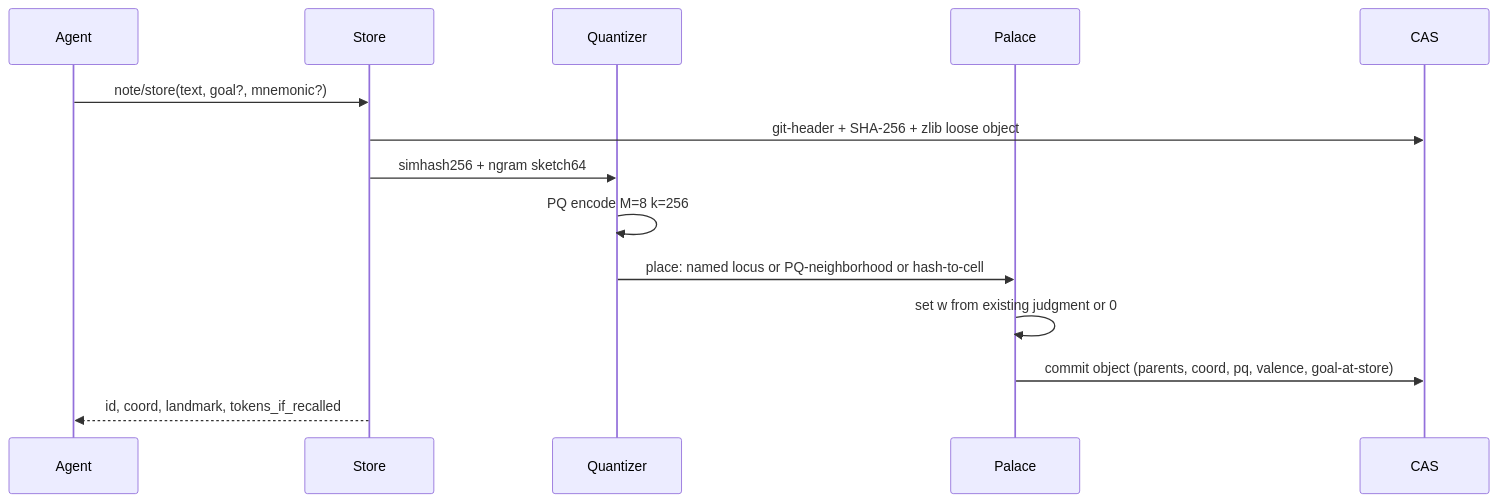
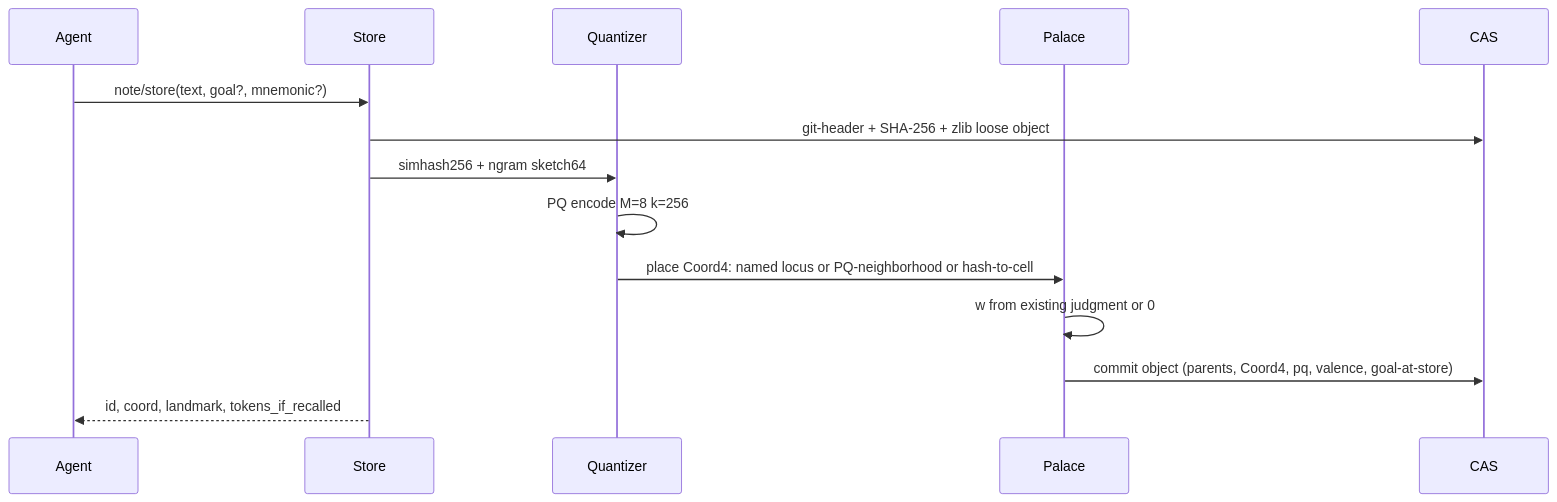
One commit to born-lucky/4d-memory changed the second of 2 diagrams in docs/DESIGN.md. Above: the diagram before and after it, drawn with Mermaid. The commit also changed other lines of this file and 5 other files, not shown here.

````diff
--- a/docs/DESIGN.md
+++ b/docs/DESIGN.md
@@ -276,17 +319,17 @@
 ```mermaid
 sequenceDiagram
   participant A as Agent
   participant S as Store
   participant Q as Quantizer
   participant P as Palace
   participant C as CAS
 
   A->>S: note/store(text, goal?, mnemonic?)
   S->>C: git-header + SHA-256 + zlib loose object
   S->>Q: simhash256 + ngram sketch64
   Q->>Q: PQ encode M=8 k=256
-  Q->>P: place: named locus or PQ-neighborhood or hash-to-cell
-  P->>P: set w from existing judgment or 0
-  P->>C: commit object (parents, coord, pq, valence, goal-at-store)
+  Q->>P: place Coord4: named locus or PQ-neighborhood or hash-to-cell
+  P->>P: w from existing judgment or 0
+  P->>C: commit object (parents, Coord4, pq, valence, goal-at-store)
   S-->>A: id, coord, landmark, tokens_if_recalled
 ```
````
